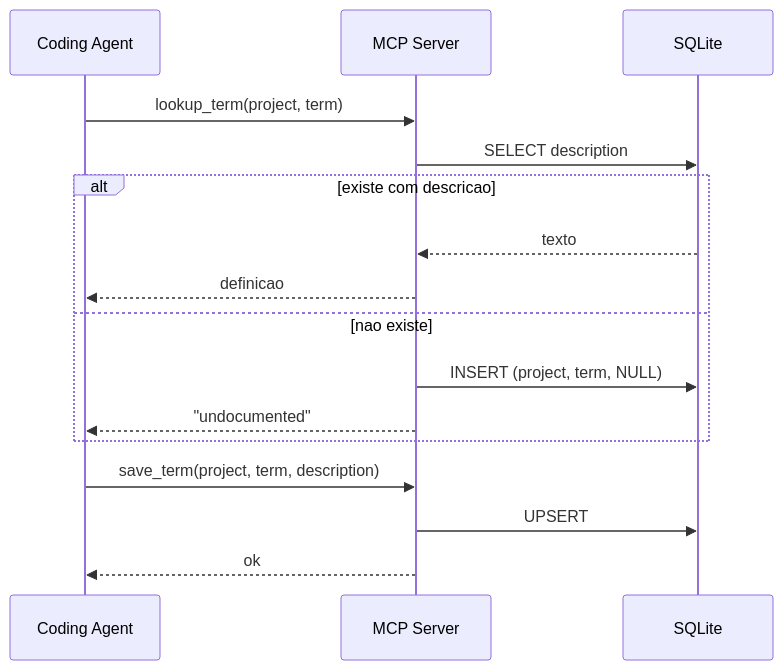
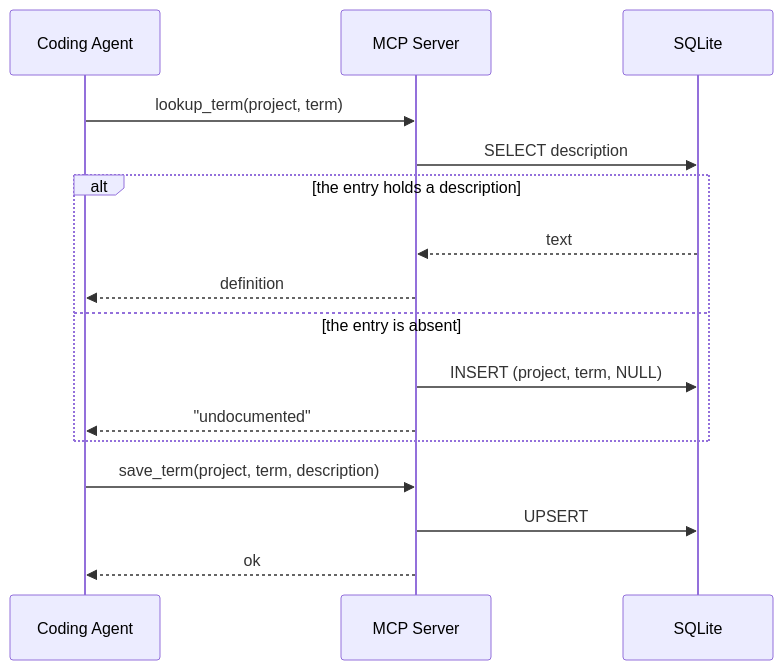
The diagram in .kiro/specs/domain-glossary-mcp/design.md (lubarinobr/domain-glossary-mcp), drawn with Mermaid before and after one commit. The commit also changed other lines of this file and 2 other files, not shown here.

````diff
--- a/.kiro/specs/domain-glossary-mcp/design.md
+++ b/.kiro/specs/domain-glossary-mcp/design.md
@@ -79,18 +81,18 @@
 ```mermaid
 sequenceDiagram
     participant A as Coding Agent
     participant S as MCP Server
     participant D as SQLite
     A->>S: lookup_term(project, term)
     S->>D: SELECT description
-    alt existe com descricao
-        D-->>S: texto
-        S-->>A: definicao
-    else nao existe
+    alt the entry holds a description
+        D-->>S: text
+        S-->>A: definition
+    else the entry is absent
         S->>D: INSERT (project, term, NULL)
         S-->>A: "undocumented"
     end
     A->>S: save_term(project, term, description)
     S->>D: UPSERT
     S-->>A: ok
 ```
````
